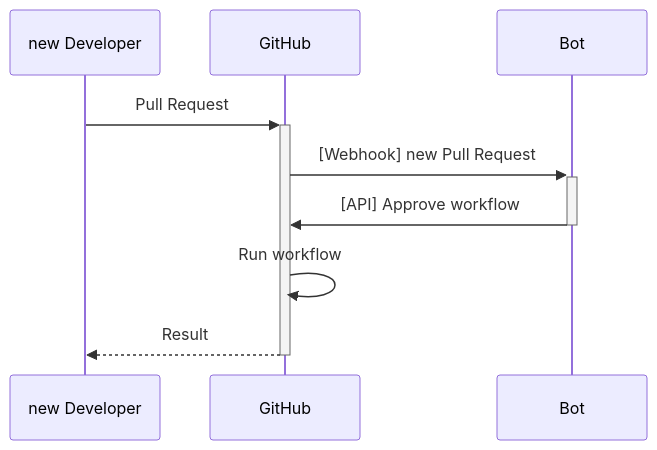
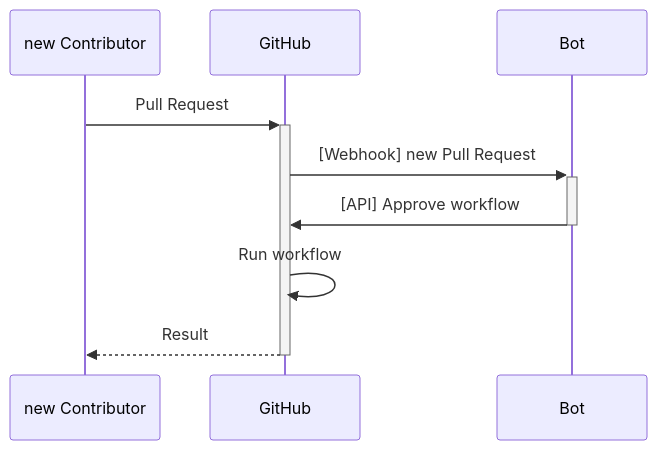
Before and after one commit to ken6078/ianvs: the first of 5 diagrams in docs/proposals/scenarios/example-restoration/phase-3-2026-term-2/example-restoration-ci.md, drawn with Mermaid. The commit also changed other lines of this file and 2 other files, not shown here.

````diff
--- a/docs/proposals/scenarios/example-restoration/phase-3-2026-term-2/example-restoration-ci.md
+++ b/docs/proposals/scenarios/example-restoration/phase-3-2026-term-2/example-restoration-ci.md
@@ -266,12 +267,12 @@
 ```mermaid
 sequenceDiagram
-    participant Developer as new Developer
+    participant Contributor as new Contributor
     participant GitHub
     participant Bot
 
-    Developer->>+GitHub: Pull Request
+    Contributor->>+GitHub: Pull Request
     GitHub->>+Bot: [Webhook] new Pull Request
     Bot->>-GitHub: [API] Approve workflow
     GitHub->>GitHub: Run workflow
-    GitHub-->>-Developer: Result
+    GitHub-->>-Contributor: Result
 ```
````
